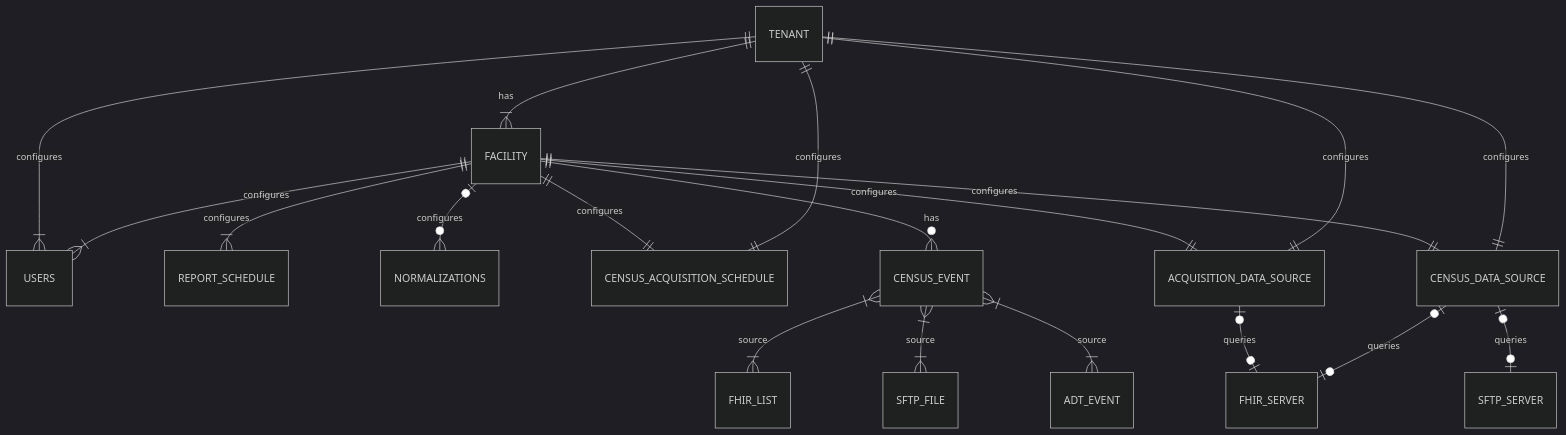
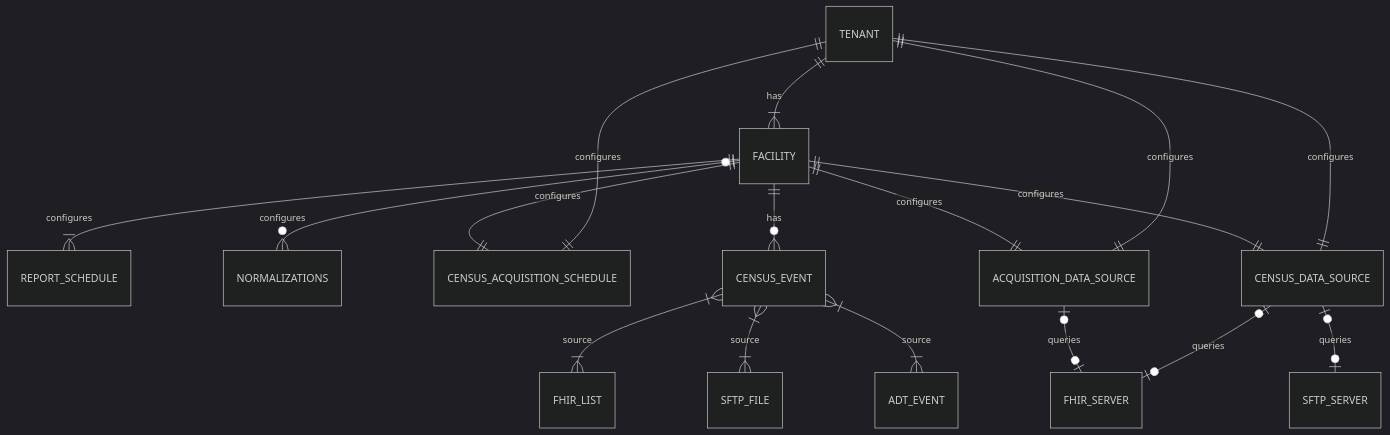
The second of 7 diagrams in docs/docs/proposals/tenant-multi-facility-proposal.mdx (lantanagroup/link-cloud), drawn with Mermaid (dark theme) before and after one commit. The commit also changed other lines of this file, not shown here.

````diff
--- a/docs/docs/proposals/tenant-multi-facility-proposal.mdx
+++ b/docs/docs/proposals/tenant-multi-facility-proposal.mdx
@@ -48,21 +48,19 @@
 ```mermaid
 erDiagram
 	TENANT||--|{FACILITY:"has"
-	FACILITY||--|{USERS:"configures"
-	TENANT||--|{USERS:"configures"
 	FACILITY||--|{REPORT_SCHEDULE:"configures"
 	FACILITY|o--o{NORMALIZATIONS:"configures"
 	TENANT||--||CENSUS_ACQUISITION_SCHEDULE:"configures"
 	FACILITY||--||CENSUS_ACQUISITION_SCHEDULE:"configures"
 	TENANT||--||ACQUISITION_DATA_SOURCE:"configures"
 	FACILITY||--||ACQUISITION_DATA_SOURCE:"configures"
 	FACILITY||--o{CENSUS_EVENT:"has"
 	CENSUS_EVENT}|--|{FHIR_LIST:"source"
 	CENSUS_EVENT}|--|{SFTP_FILE:"source"
 	CENSUS_EVENT}|--|{ADT_EVENT:"source"
 	TENANT||--||CENSUS_DATA_SOURCE:"configures"
 	FACILITY||--||CENSUS_DATA_SOURCE:"configures"
 	CENSUS_DATA_SOURCE|o--o|FHIR_SERVER:"queries"
 	CENSUS_DATA_SOURCE|o--o|SFTP_SERVER:"queries"
 	ACQUISITION_DATA_SOURCE|o--o|FHIR_SERVER:"queries"
 ```
````
